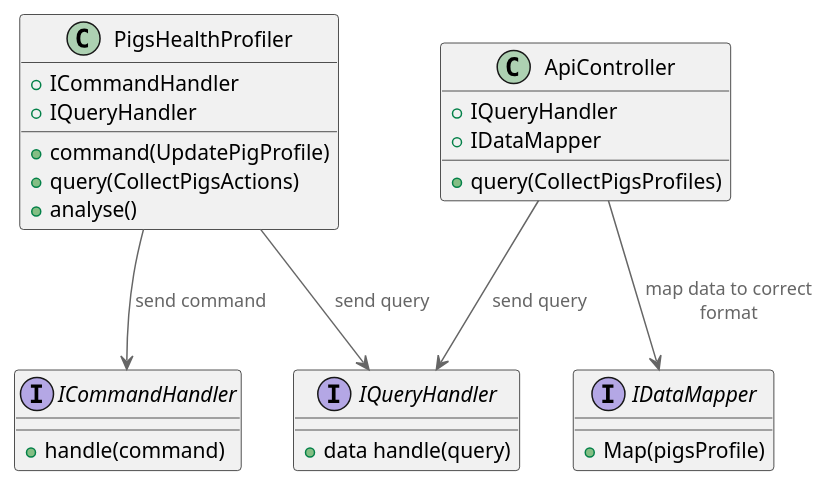
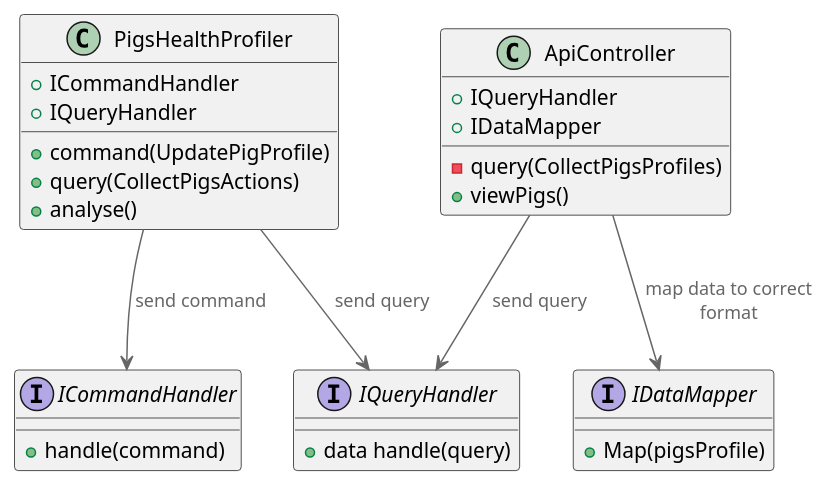
Before and after one commit to mirray/MSA-AgroTech: the diagram in Task3/ATCK_C4_Code_pigs.puml, drawn with PlantUML. The commit also changed 2 other files, not shown here.

```diff
--- a/Task3/ATCK_C4_Code_pigs.puml
+++ b/Task3/ATCK_C4_Code_pigs.puml
@@ -1,32 +1,33 @@
 @startuml Pigs_Code
 !include <C4/C4_Component>
 
 interface ICommandHandler {
    + handle(command)
 }
 interface IQueryHandler {
    + data handle(query)
 }
 class PigsHealthProfiler {
     + ICommandHandler
     + IQueryHandler
     + command(UpdatePigProfile)
     + query(CollectPigsActions)
     + analyse()
 }
 class ApiController { 
     + IQueryHandler
     + IDataMapper
-    + query(CollectPigsProfiles)
+    - query(CollectPigsProfiles)
+    + viewPigs()
 }
 interface IDataMapper {
     + Map(pigsProfile)
 }
 
 PigsHealthProfiler --> ICommandHandler : send command
 PigsHealthProfiler --> IQueryHandler : send query
 
 ApiController --> IQueryHandler : send query
 ApiController --> IDataMapper :  map data to correct format 
 
 @enduml
```
